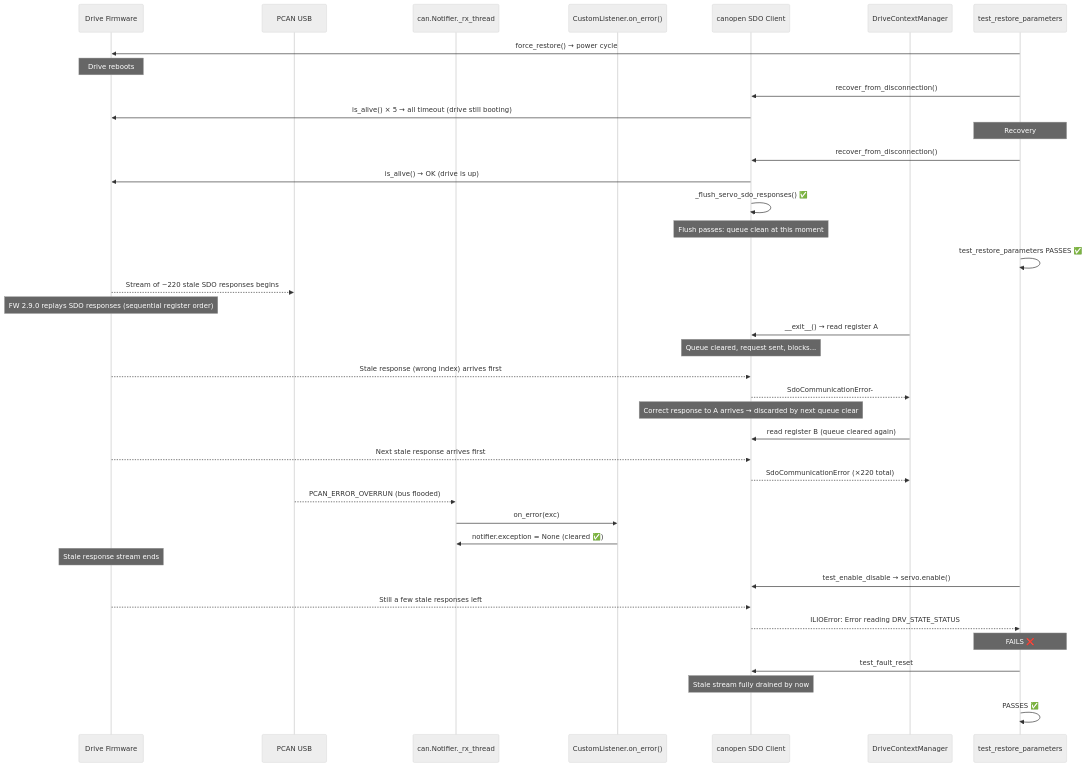
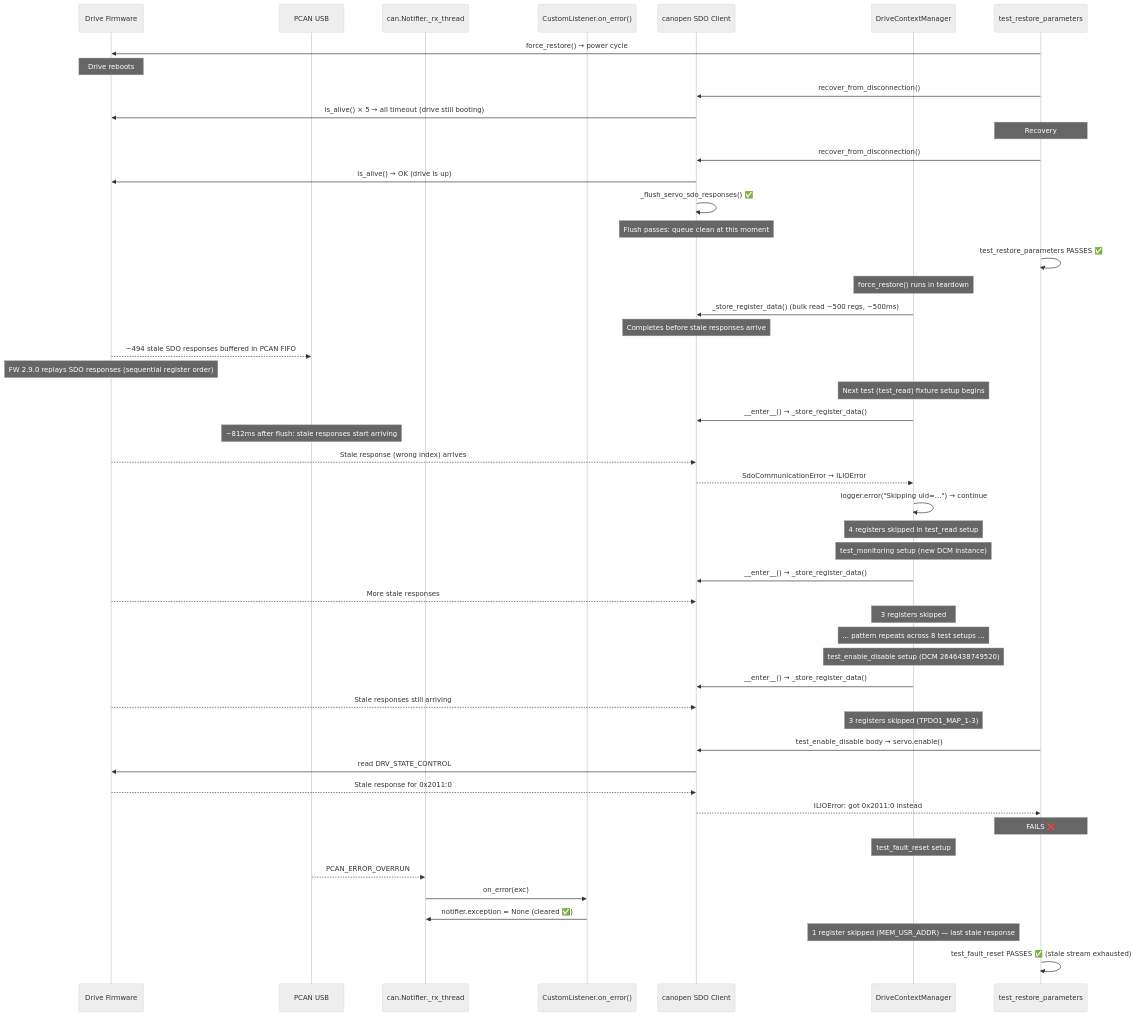
One commit to ingeniamc/ingenialink-python changed the diagram in INGK-1251_INVESTIGATION.md. Above: the diagram before and after it, drawn with Mermaid (neutral theme). The commit also changed other lines of this file and 1 other file, not shown here.

````diff
--- a/INGK-1251_INVESTIGATION.md
+++ b/INGK-1251_INVESTIGATION.md
@@ -512,49 +580,64 @@
 ```mermaid
 sequenceDiagram
     participant FW as Drive Firmware
     participant PCAN as PCAN USB
     participant Notifier as can.Notifier._rx_thread
     participant CL as CustomListener.on_error()
     participant SDO as canopen SDO Client
     participant DCM as DriveContextManager
     participant Test as test_restore_parameters
 
     Test->>FW: force_restore() → power cycle
     Note over FW: Drive reboots
 
     Test->>SDO: recover_from_disconnection() #1
     SDO->>FW: is_alive() × 5 → all timeout (drive still booting)
     Note over Test: Recovery #1 fails
 
     Test->>SDO: recover_from_disconnection() #2
     SDO->>FW: is_alive() → OK (drive is up)
     SDO->>SDO: _flush_servo_sdo_responses() ✅
     Note over SDO: Flush passes: queue clean at this moment
 
     Test->>Test: test_restore_parameters PASSES ✅
 
-    FW-->>PCAN: Stream of ~220 stale SDO responses begins
+    Note over DCM: force_restore() runs in teardown
+    DCM->>SDO: _store_register_data() (bulk read ~500 regs, ~500ms)
+    Note over SDO: Completes before stale responses arrive
+
+    FW-->>PCAN: ~494 stale SDO responses buffered in PCAN FIFO
     Note over FW: FW 2.9.0 replays SDO responses (sequential register order)
-    DCM->>SDO: __exit__() → read register A
-    Note over SDO: Queue cleared, request sent, blocks...
-    FW-->>SDO: Stale response (wrong index) arrives first
-    SDO-->>DCM: SdoCommunicationError-
-    Note over SDO: Correct response to A arrives → discarded by next queue clear
-    DCM->>SDO: read register B (queue cleared again)
-    FW-->>SDO: Next stale response arrives first
-    SDO-->>DCM: SdoCommunicationError (×220 total)
 
-    PCAN-->>Notifier: PCAN_ERROR_OVERRUN (bus flooded)
+    Note over DCM: Next test (test_read) fixture setup begins
+    DCM->>SDO: __enter__() → _store_register_data()
+    Note over PCAN: ~812ms after flush: stale responses start arriving
+    FW-->>SDO: Stale response (wrong index) arrives
+    SDO-->>DCM: SdoCommunicationError → ILIOError
+    DCM->>DCM: logger.error("Skipping uid=...") → continue
+    Note over DCM: 4 registers skipped in test_read setup
+
+    Note over DCM: test_monitoring setup (new DCM instance)
+    DCM->>SDO: __enter__() → _store_register_data()
+    FW-->>SDO: More stale responses
+    Note over DCM: 3 registers skipped
+
+    Note over DCM: ... pattern repeats across 8 test setups ...
+
+    Note over DCM: test_enable_disable setup (DCM 2646438749520)
+    DCM->>SDO: __enter__() → _store_register_data()
+    FW-->>SDO: Stale responses still arriving
+    Note over DCM: 3 registers skipped (TPDO1_MAP_1-3)
+
+    Test->>SDO: test_enable_disable body → servo.enable()
+    SDO->>FW: read DRV_STATE_CONTROL
+    FW-->>SDO: Stale response for 0x2011:0
+    SDO-->>Test: ILIOError: got 0x2011:0 instead
+    Note over Test: FAILS ❌
+
+    Note over DCM: test_fault_reset setup
+    PCAN-->>Notifier: PCAN_ERROR_OVERRUN
     Notifier->>CL: on_error(exc)
     CL->>Notifier: notifier.exception = None (cleared ✅)
-
-    Note over FW: Stale response stream ends
-    Test->>SDO: test_enable_disable → servo.enable()
-    FW-->>SDO: Still a few stale responses left
-    SDO-->>Test: ILIOError: Error reading DRV_STATE_STATUS
-    Note over Test: FAILS ❌
-
-    Test->>SDO: test_fault_reset
-    Note over SDO: Stale stream fully drained by now
-    Test->>Test: PASSES ✅
+    Note over DCM: 1 register skipped (MEM_USR_ADDR) — last stale response
+    Test->>Test: test_fault_reset PASSES ✅ (stale stream exhausted)
 ```
````
